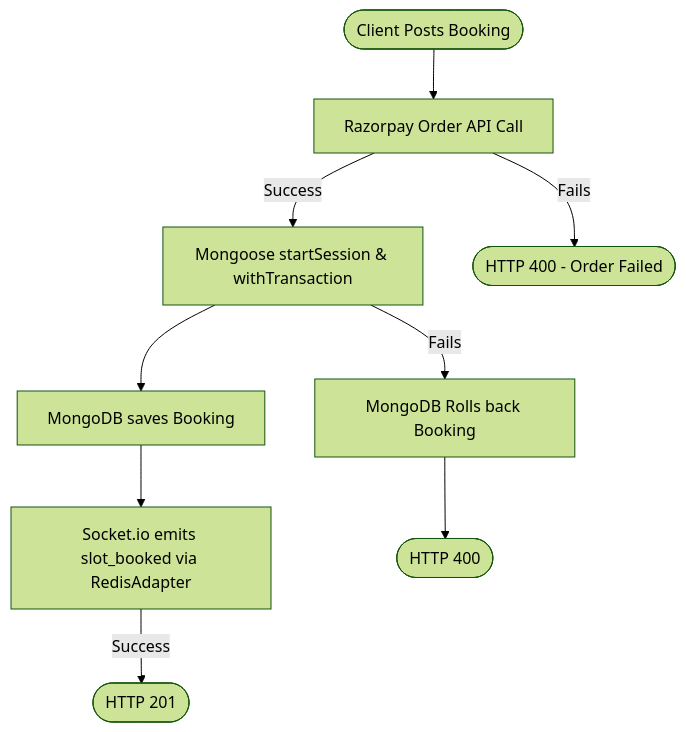
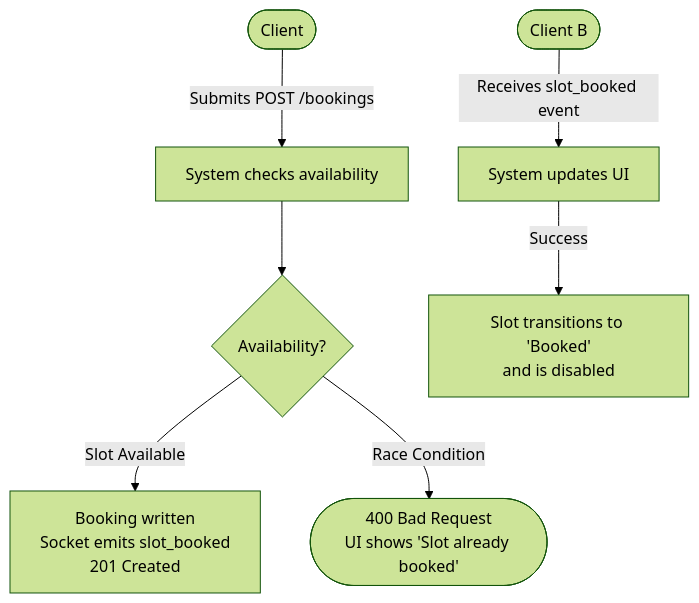
One commit to pradip9096/SkillSync changed the eighth of 29 diagrams in MASTER_SPEC.md. Above: the diagram before and after it, drawn with Mermaid (forest theme). The commit also changed other lines of this file and 10 other files, not shown here.

````diff
--- a/MASTER_SPEC.md
+++ b/MASTER_SPEC.md
@@ -3014,11 +1202,9 @@
 ```mermaid
 flowchart TD
-    A([Client Posts Booking]) --> B[Razorpay Order API Call]
-    B -->|Success| C[Mongoose startSession & withTransaction]
-    C --> D[MongoDB saves Booking]
-    D --> E[Socket.io emits slot_booked via RedisAdapter]
-    E -->|Success| F([HTTP 201])
-    C -->|Fails| G[MongoDB Rolls back Booking]
-    G --> H([HTTP 400])
-    B -->|Fails| I([HTTP 400 - Order Failed])
+    A(["Client"]) -->|Submits POST /bookings| B["System checks availability"]
+    B --> C{"Availability?"}
+    C -->|Slot Available| D["Booking written\nSocket emits slot_booked\n201 Created"]
+    C -->|Race Condition| E(["400 Bad Request\nUI shows 'Slot already booked'"])
+    F(["Client B"]) -->|Receives slot_booked event| G["System updates UI"]
+    G -->|Success| H["Slot transitions to 'Booked'\nand is disabled"]
 ```
````
